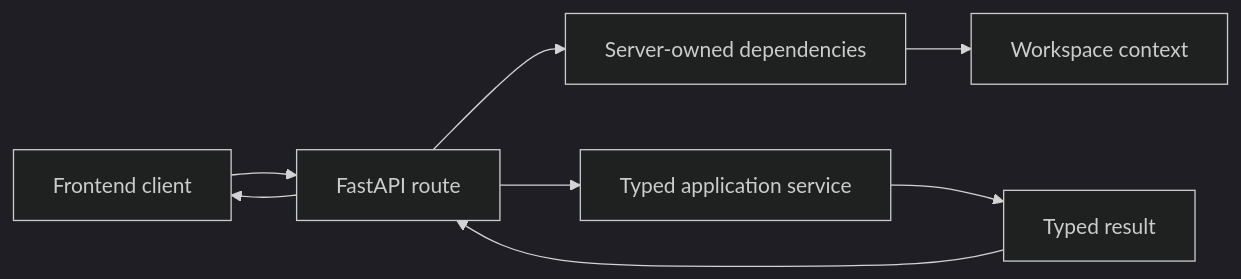
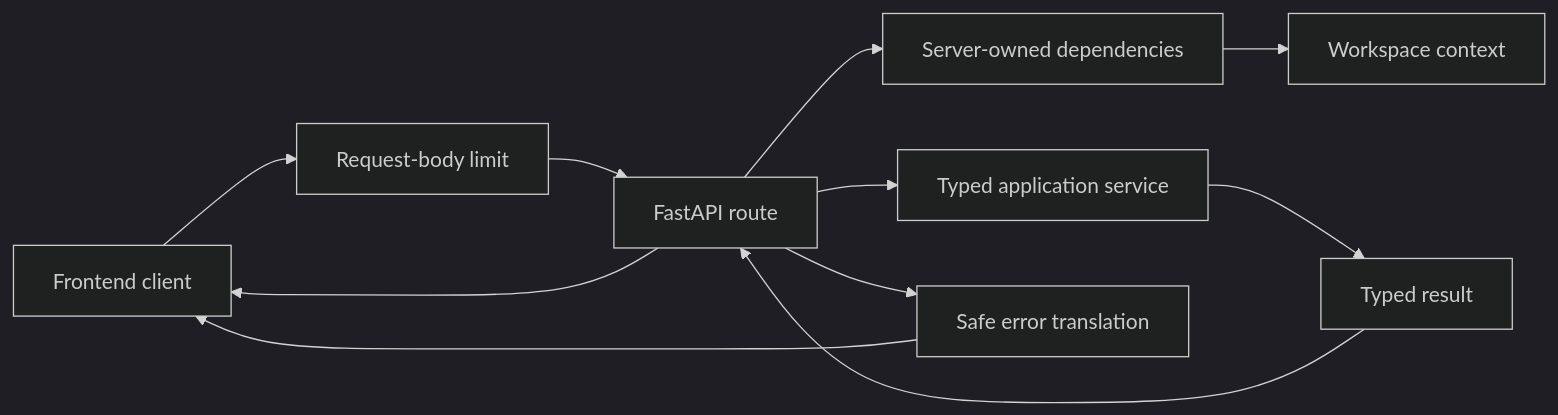
One commit to rnkraus/investment-research changed the diagram in backend/src/investment_research/api/README.md. Above: the diagram before and after it, drawn with Mermaid (dark theme). The commit also changed other lines of this file and 18 other files, not shown here.

````diff
--- a/backend/src/investment_research/api/README.md
+++ b/backend/src/investment_research/api/README.md
@@ -16,10 +18,13 @@
 ```mermaid
 flowchart LR
-    CLIENT[Frontend client] --> ROUTE[FastAPI route]
+    CLIENT[Frontend client] --> LIMIT[Request-body limit]
+    LIMIT --> ROUTE[FastAPI route]
     ROUTE --> DEP[Server-owned dependencies]
     DEP --> CONTEXT[Workspace context]
     ROUTE --> SERVICE[Typed application service]
     SERVICE --> RESULT[Typed result]
     RESULT --> ROUTE
+    ROUTE --> ERROR[Safe error translation]
     ROUTE --> CLIENT
+    ERROR --> CLIENT
 ```
````
